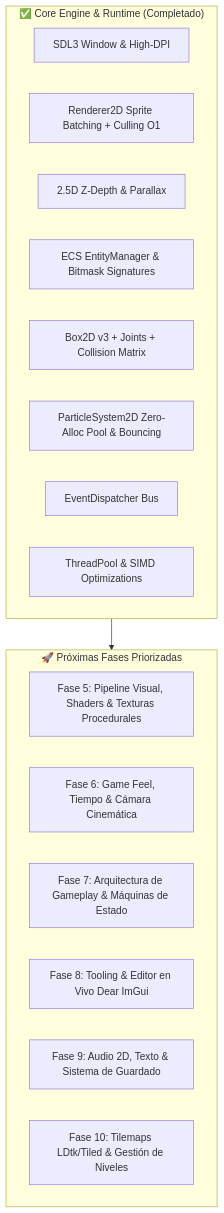
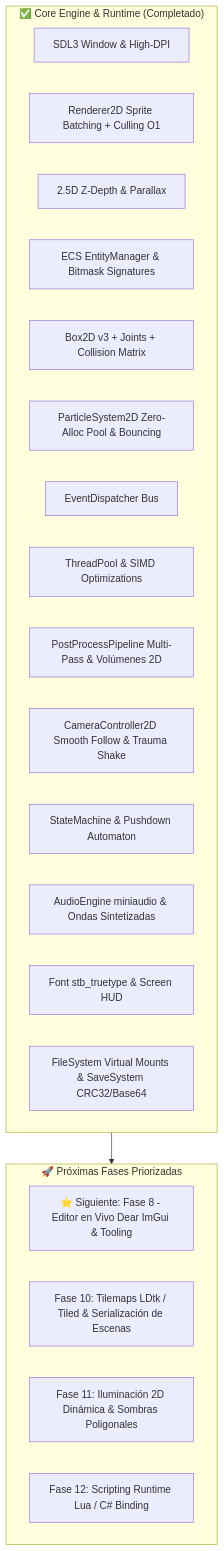
One commit to pablogtab/engine-2d changed the diagram in ROADMAP.md. Above: the diagram before and after it, drawn with Mermaid. The commit also changed other lines of this file, not shown here.

Commit message:
docs: update ROADMAP.md to reflect completed project phases 5-9 and define upcoming milestones

````diff
--- a/ROADMAP.md
+++ b/ROADMAP.md
@@ -9,24 +9,28 @@
 ```mermaid
 graph TD
     subgraph CoreEngine ["✅ Core Engine & Runtime (Completado)"]
         SDL[SDL3 Window & High-DPI]
         Renderer[Renderer2D Sprite Batching + Culling O1]
         Depth[2.5D Z-Depth & Parallax]
         ECS[ECS EntityManager & Bitmask Signatures]
         Physics[Box2D v3 + Joints + Collision Matrix]
         Particles[ParticleSystem2D Zero-Alloc Pool & Bouncing]
         Events[EventDispatcher Bus]
         Async[ThreadPool & SIMD Optimizations]
+        PostFX[PostProcessPipeline Multi-Pass & Volúmenes 2D]
+        Camera[CameraController2D Smooth Follow & Trauma Shake]
+        FSM[StateMachine & Pushdown Automaton]
+        Audio[AudioEngine miniaudio & Ondas Sintetizadas]
+        Font[Font stb_truetype & Screen HUD]
+        Storage[FileSystem Virtual Mounts & SaveSystem CRC32/Base64]
     end
 
     subgraph Upcoming ["🚀 Próximas Fases Priorizadas"]
-        P1[Fase 5: Pipeline Visual, Shaders & Texturas Procedurales]
-        P2[Fase 6: Game Feel, Tiempo & Cámara Cinemática]
-        P3[Fase 7: Arquitectura de Gameplay & Máquinas de Estado]
-        P4[Fase 8: Tooling & Editor en Vivo Dear ImGui]
-        P5[Fase 9: Audio 2D, Texto & Sistema de Guardado]
-        P6[Fase 10: Tilemaps LDtk/Tiled & Gestión de Niveles]
+        P8[⭐ Siguiente: Fase 8 - Editor en Vivo Dear ImGui & Tooling]
+        P10[Fase 10: Tilemaps LDtk / Tiled & Serialización de Escenas]
+        P11[Fase 11: Iluminación 2D Dinámica & Sombras Poligonales]
+        P12[Fase 12: Scripting Runtime Lua / C# Binding]
     end
 
     CoreEngine --> Upcoming
 ```
````
